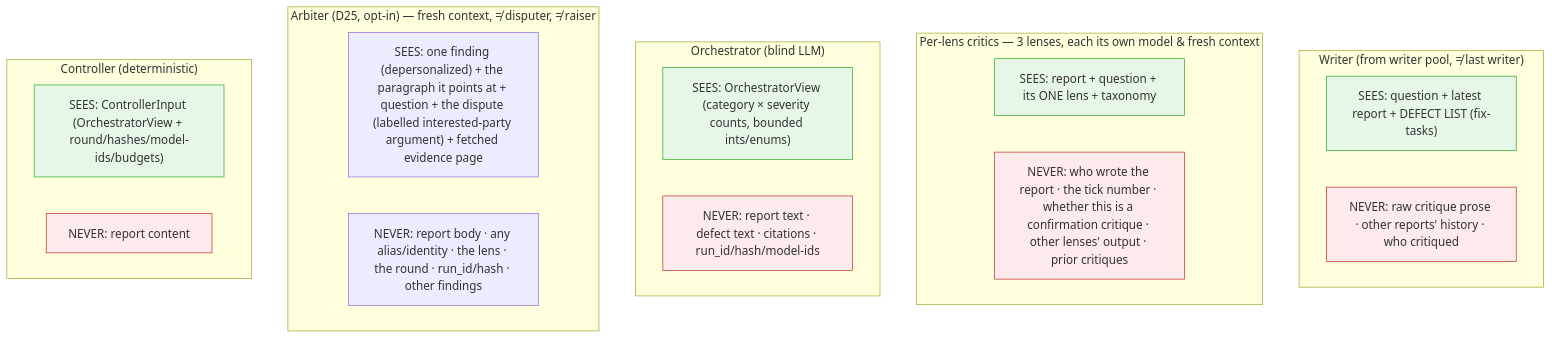
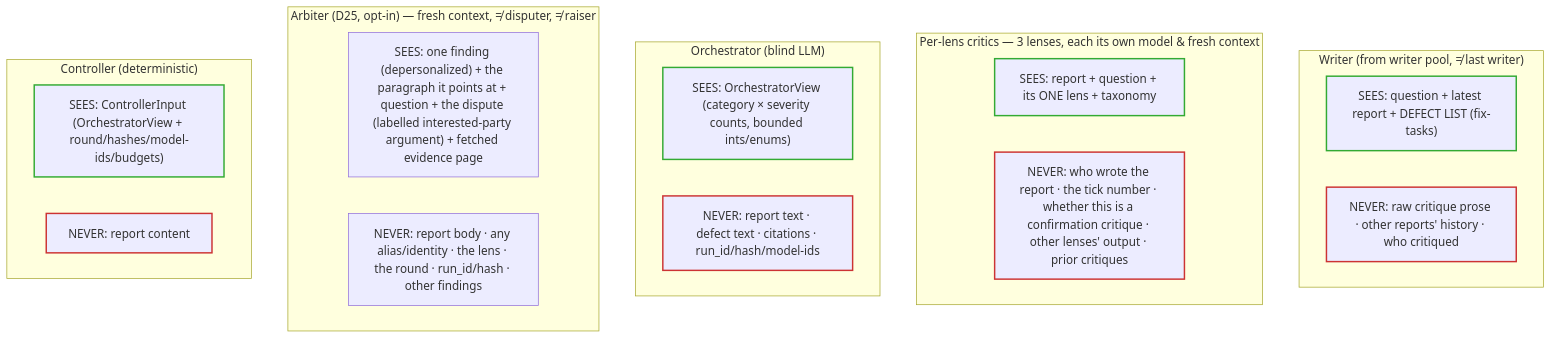
Before and after one commit to NickBorgers/reasonable-answer: the first of 4 diagrams in docs/isolation.md, drawn with Mermaid. The commit also changed 15 other files, not shown here.

````diff
--- a/docs/isolation.md
+++ b/docs/isolation.md
@@ -48,28 +48,32 @@
 ```mermaid
 flowchart TB
     subgraph GEN["Writer (from writer pool, ≠ last writer)"]
         Gin["SEES: question + latest report + DEFECT LIST (fix-tasks)"]
         Gno["NEVER: raw critique prose · other reports' history · who critiqued"]
     end
     subgraph CRIT["Per-lens critics — 3 lenses, each its own model &amp; fresh context"]
         Cin["SEES: report + question + its ONE lens + taxonomy"]
         Cno["NEVER: who wrote the report · the tick number · whether this is a confirmation critique · other lenses' output · prior critiques"]
     end
     subgraph ORC["Orchestrator (blind LLM)"]
         Oin["SEES: OrchestratorView (category × severity counts, bounded ints/enums)"]
         Ono["NEVER: report text · defect text · citations · run_id/hash/model-ids"]
     end
     subgraph ARB["Arbiter (D25, opt-in) — fresh context, ≠ disputer, ≠ raiser"]
         Ain["SEES: one finding (depersonalized) + the paragraph it points at + question + the dispute (labelled interested-party argument) + fetched evidence page"]
         Ano["NEVER: report body · any alias/identity · the lens · the round · run_id/hash · other findings"]
     end
     subgraph CT["Controller (deterministic)"]
         CTin["SEES: ControllerInput (OrchestratorView + round/hashes/model-ids/budgets)"]
         CTno["NEVER: report content"]
     end
 
-    classDef see fill:#e7f7e7,stroke:#3a3;
-    classDef no fill:#fdeaea,stroke:#c33;
+    %% Stroke only, no fill: a hard-coded pale fill keeps its colour in dark mode while
+    %% the label turns light, leaving unreadable text. Leaving the fill alone lets the
+    %% renderer pick a background that matches the surrounding page in either theme,
+    %% and the see/never distinction rides on the border colour instead.
+    classDef see stroke:#3a3,stroke-width:2px;
+    classDef no stroke:#c33,stroke-width:2px;
     class Gin,Cin,Oin,CTin see;
     class Gno,Cno,Ono,CTno no;
 ```
````
